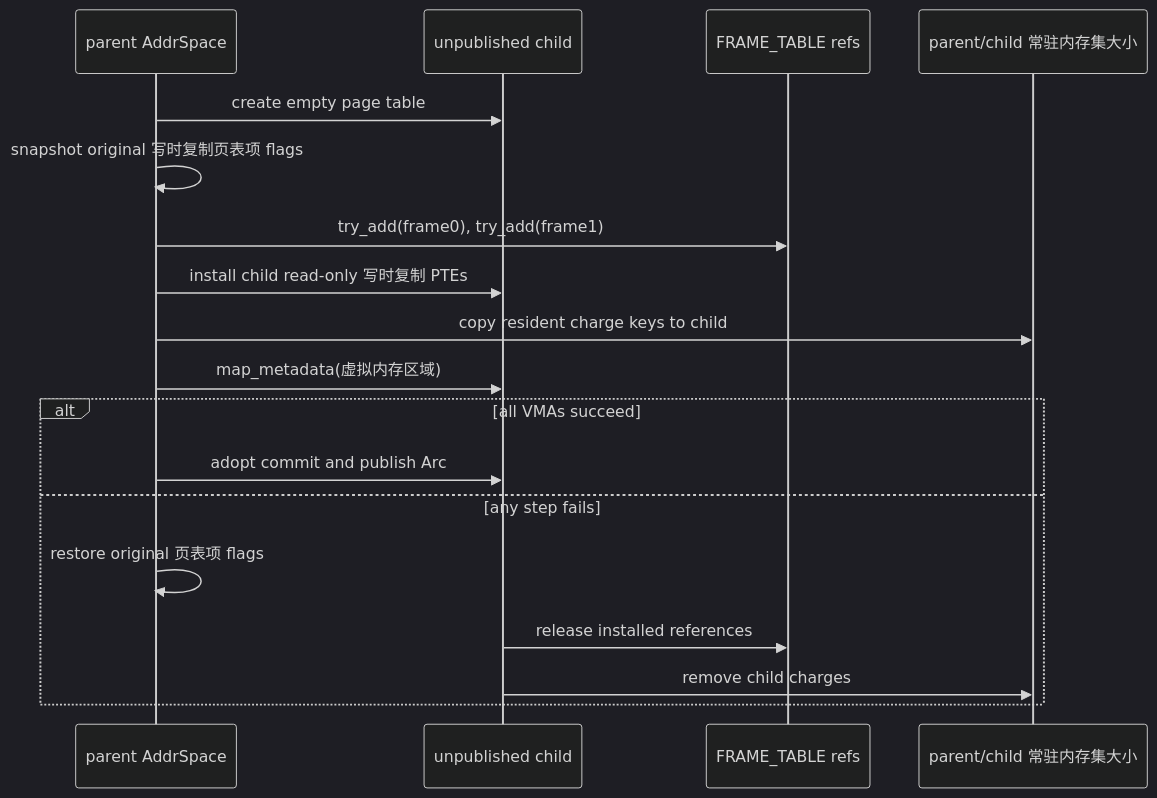
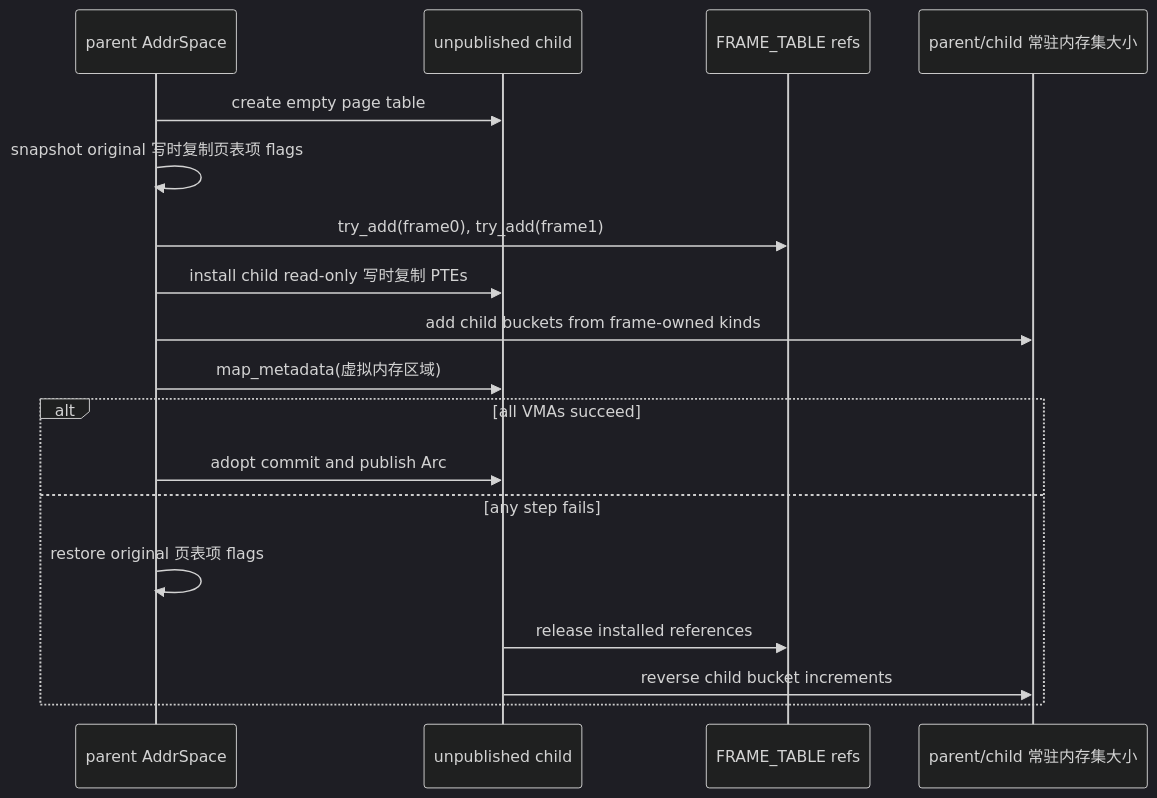
Before and after one commit to rcore-os/tgoskits: the third of 3 diagrams in docs/docs/architecture/memory/starry-mm.md, drawn with Mermaid (dark theme). The commit also changed other lines of this file and 31 other files, not shown here.

````diff
--- a/docs/docs/architecture/memory/starry-mm.md
+++ b/docs/docs/architecture/memory/starry-mm.md
@@ -474,21 +470,21 @@
 ```mermaid
 sequenceDiagram
     participant Parent as parent AddrSpace
     participant Child as unpublished child
     participant Ref as FRAME_TABLE refs
     participant 常驻内存集大小 as parent/child 常驻内存集大小
 
     Parent->>Child: create empty page table
     Parent->>Parent: snapshot original 写时复制页表项 flags
     Parent->>Ref: try_add(frame0), try_add(frame1)
     Parent->>Child: install child read-only 写时复制 PTEs
-    Parent->>常驻内存集大小: copy resident charge keys to child
+    Parent->>常驻内存集大小: add child buckets from frame-owned kinds
     Parent->>Child: map_metadata(虚拟内存区域)
     alt all VMAs succeed
         Parent->>Child: adopt commit and publish Arc
     else any step fails
         Parent->>Parent: restore original 页表项 flags
         Child->>Ref: release installed references
-        Child->>常驻内存集大小: remove child charges
+        Child->>常驻内存集大小: reverse child bucket increments
     end
 ```
````
